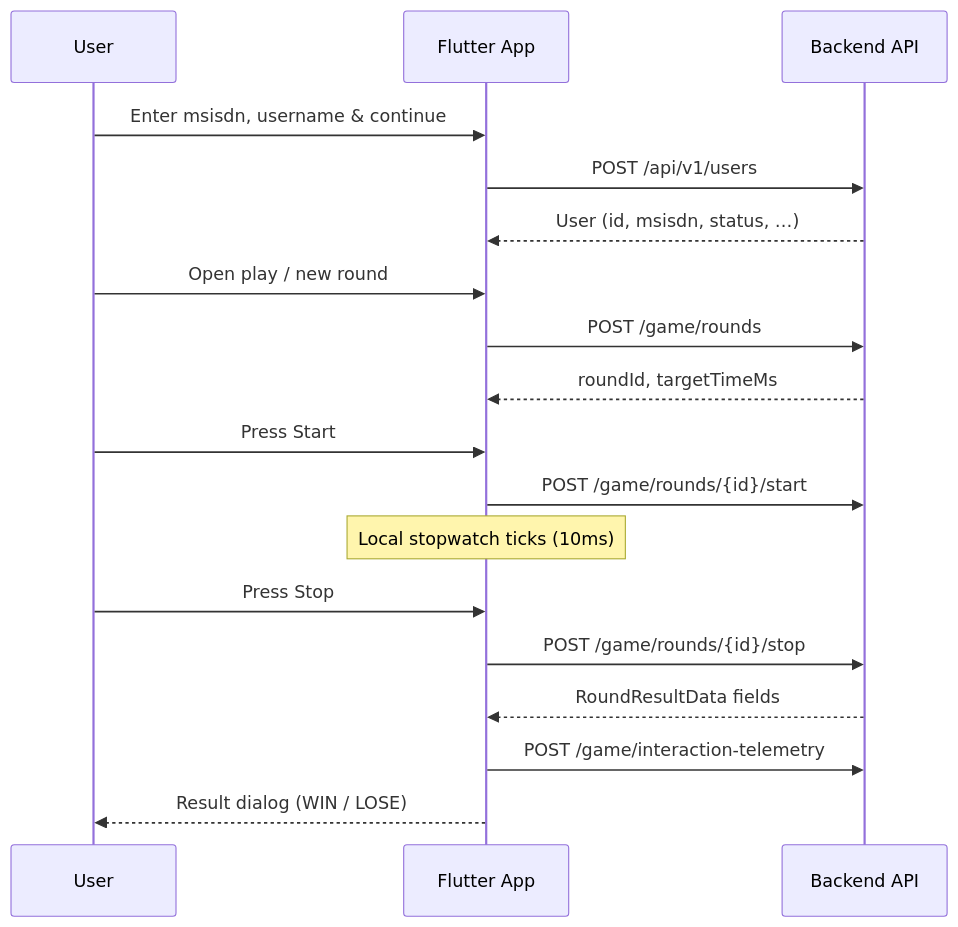
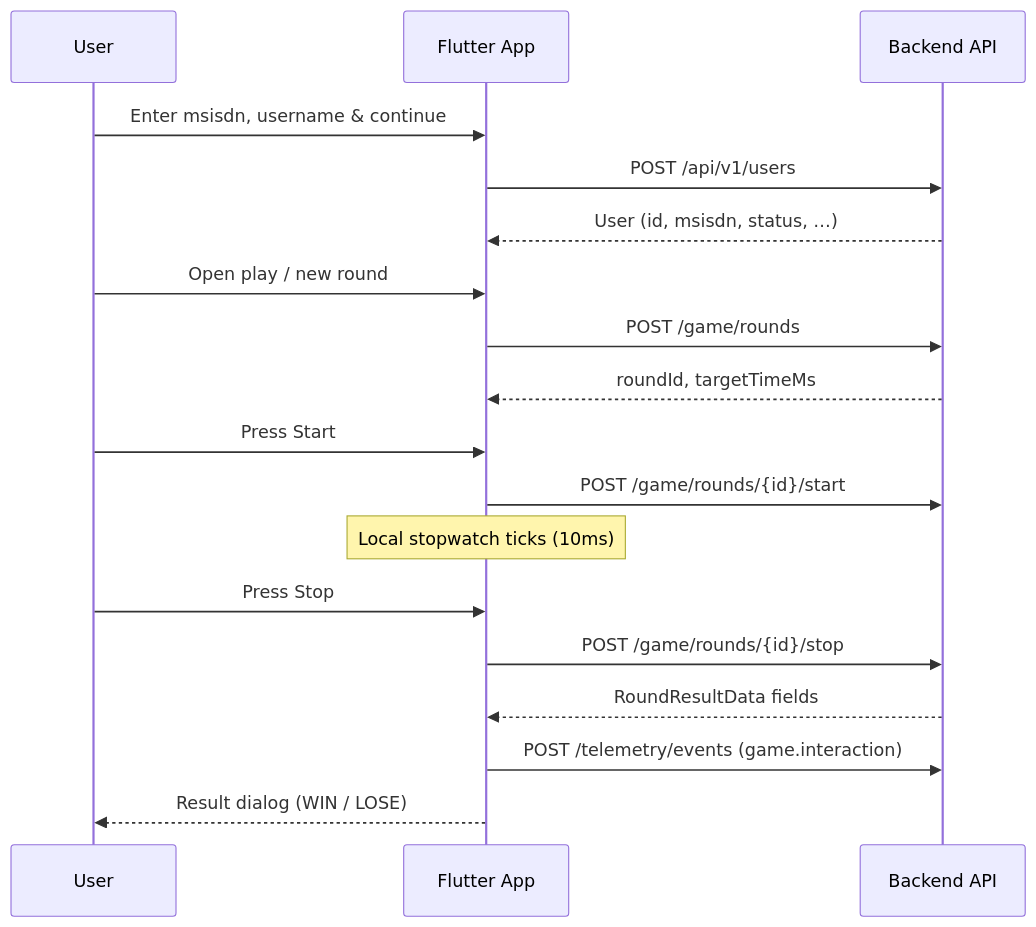
Before and after one commit to andreamsilu/stopwatch_game: the diagram in docs/API.md, drawn with Mermaid. The commit also changed other lines of this file and 19 other files, not shown here.

First line of the commit message:
feat: add interaction telemetry service and admin dashboard

````diff
--- a/docs/API.md
+++ b/docs/API.md
@@ -759,24 +761,24 @@
 ```mermaid
 sequenceDiagram
     participant User
     participant App as Flutter App
     participant API as Backend API
 
     User->>App: Enter msisdn, username & continue
     App->>API: POST /api/v1/users
     API-->>App: User (id, msisdn, status, …)
 
     User->>App: Open play / new round
     App->>API: POST /game/rounds
     API-->>App: roundId, targetTimeMs
 
     User->>App: Press Start
     App->>API: POST /game/rounds/{id}/start
     Note over App: Local stopwatch ticks (10ms)
 
     User->>App: Press Stop
     App->>API: POST /game/rounds/{id}/stop
     API-->>App: RoundResultData fields
-    App->>API: POST /game/interaction-telemetry
+    App->>API: POST /telemetry/events (game.interaction)
     App-->>User: Result dialog (WIN / LOSE)
 ```
````
